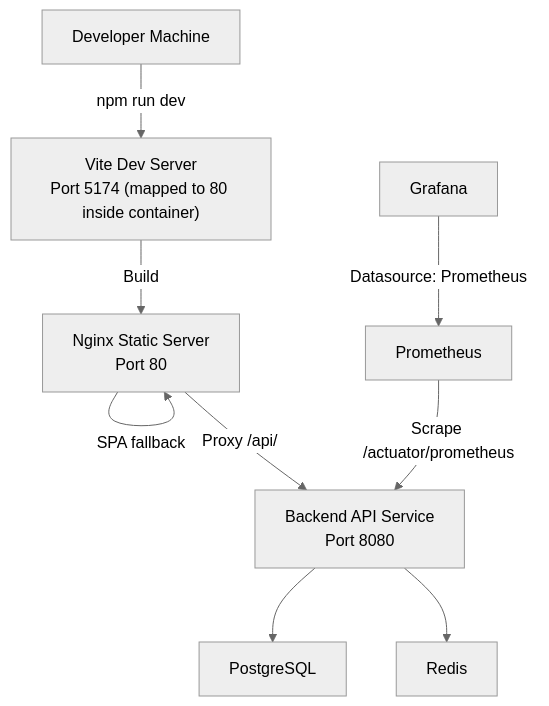
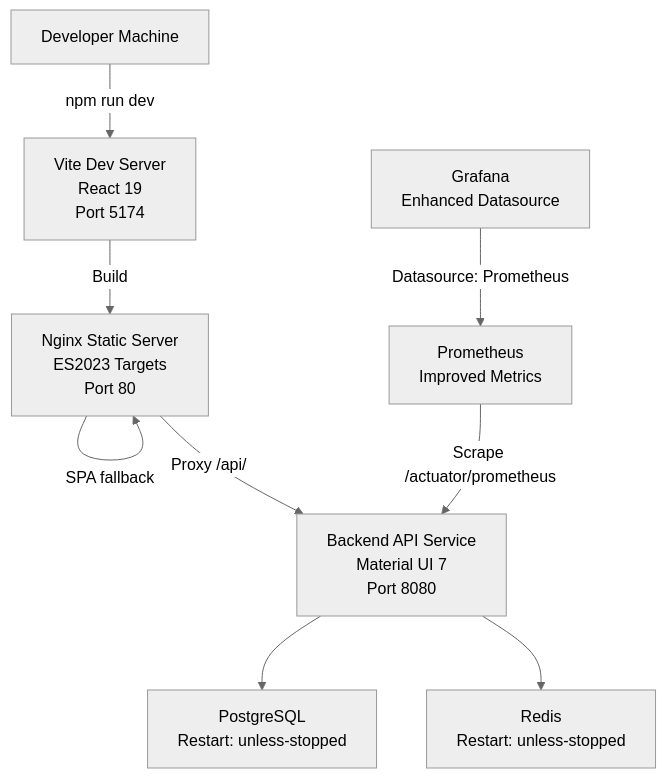
One commit to Vostrikov2014/vks-qoder changed the second of 3 diagrams in .qoder/repowiki/en/content/Frontend Application/Build and Deployment.md. Above: the diagram before and after it, drawn with Mermaid (neutral theme). The commit also changed other lines of this file and 5 other files, not shown here.

````diff
--- a/.qoder/repowiki/en/content/Frontend Application/Build and Deployment.md
+++ b/.qoder/repowiki/en/content/Frontend Application/Build and Deployment.md
@@ -122,19 +129,19 @@
 ```mermaid
 graph TB
 Dev["Developer Machine"]
-ViteDev["Vite Dev Server<br/>Port 5174 (mapped to 80 inside container)"]
-Nginx["Nginx Static Server<br/>Port 80"]
-API["Backend API Service<br/>Port 8080"]
-Postgres["PostgreSQL"]
-Redis["Redis"]
-Prom["Prometheus"]
-Graf["Grafana"]
+ViteDev["Vite Dev Server<br/>React 19<br/>Port 5174"]
+Nginx["Nginx Static Server<br/>ES2023 Targets<br/>Port 80"]
+API["Backend API Service<br/>Material UI 7<br/>Port 8080"]
+Postgres["PostgreSQL<br/>Restart: unless-stopped"]
+Redis["Redis<br/>Restart: unless-stopped"]
+Prom["Prometheus<br/>Improved Metrics"]
+Graf["Grafana<br/>Enhanced Datasource"]
 Dev --> |"npm run dev"| ViteDev
 ViteDev --> |"Build"| Nginx
 Nginx --> |"SPA fallback"| Nginx
 Nginx --> |"Proxy /api/"| API
 API --> Postgres
 API --> Redis
 Prom --> |"Scrape /actuator/prometheus"| API
 Graf --> |"Datasource: Prometheus"| Prom
 ```
````
